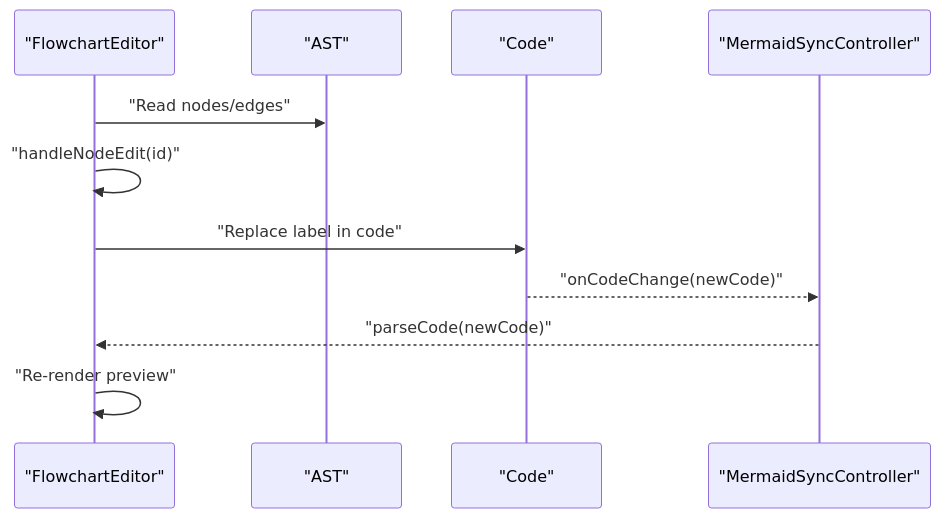
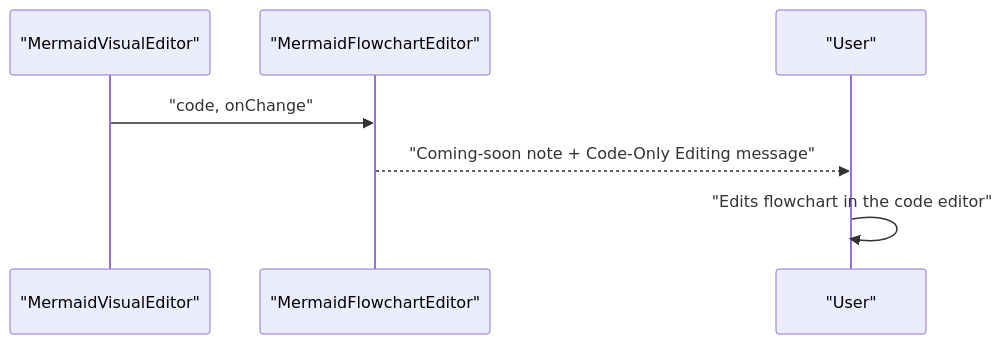
The fifth of 9 diagrams in .qoder/repowiki/en/content/Advanced Features/Advanced Features.md (ongchonghian/universal-diagram-editor), drawn with Mermaid before and after one commit. The commit also changed other lines of this file and 31 other files, not shown here.

````diff
--- a/.qoder/repowiki/en/content/Advanced Features/Advanced Features.md
+++ b/.qoder/repowiki/en/content/Advanced Features/Advanced Features.md
@@ -283,13 +281,9 @@
 ```mermaid
 sequenceDiagram
-participant V as "FlowchartEditor"
-participant AST as "AST"
-participant CODE as "Code"
-participant SYNC as "MermaidSyncController"
-V->>AST : "Read nodes/edges"
-V->>V : "handleNodeEdit(id)"
-V->>CODE : "Replace label in code"
-CODE-->>SYNC : "onCodeChange(newCode)"
-SYNC-->>V : "parseCode(newCode)"
-V->>V : "Re-render preview"
+participant R as "MermaidVisualEditor"
+participant V as "MermaidFlowchartEditor"
+participant U as "User"
+R->>V : "code, onChange"
+V-->>U : "Coming-soon note + Code-Only Editing message"
+U->>U : "Edits flowchart in the code editor"
 ```
````
